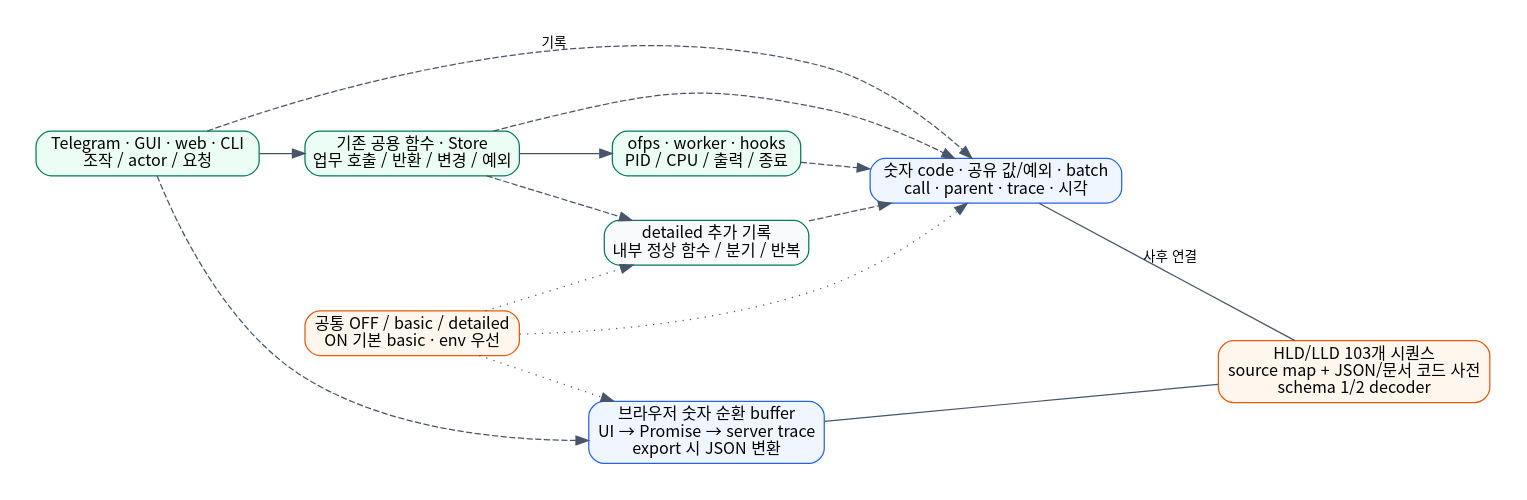
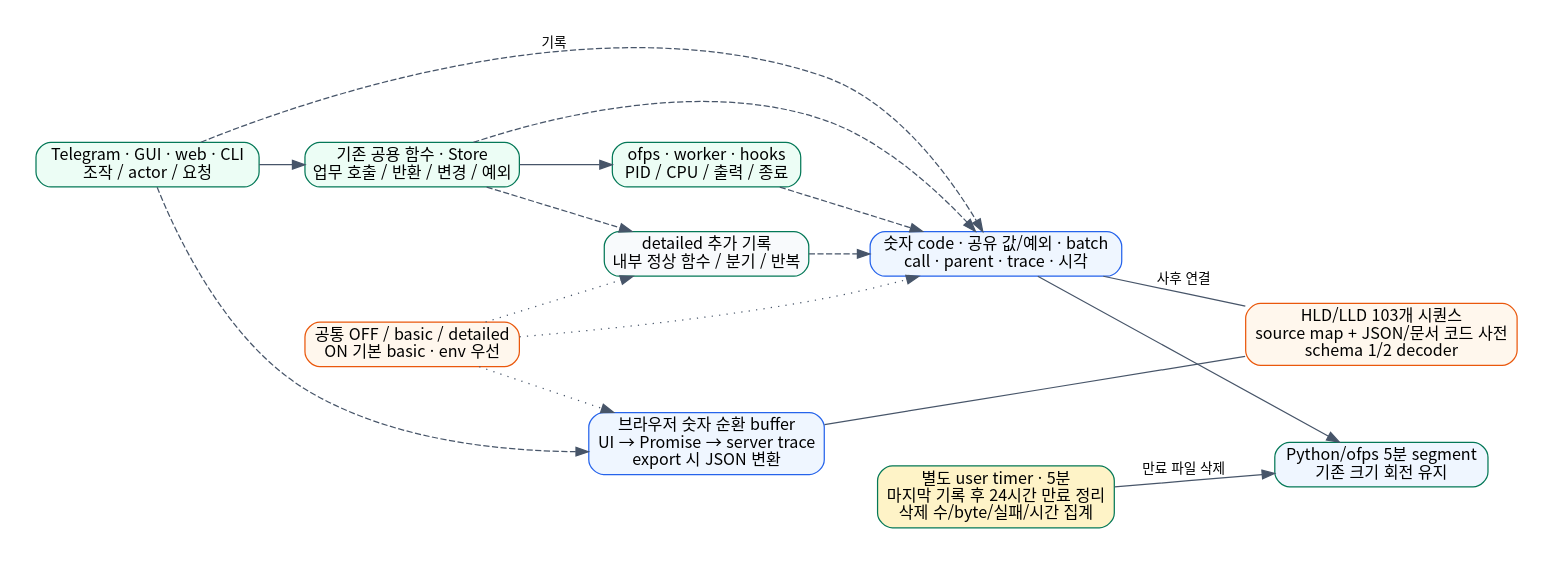
The diagram in docs/diagrams/diagnostic-logging.dot (jo0n-lab/cfd-bot), drawn with Graphviz before and after one commit. The commit also changed 15 other files, not shown here.

```diff
--- a/docs/diagrams/diagnostic-logging.dot
+++ b/docs/diagrams/diagnostic-logging.dot
@@ -1,25 +1,29 @@
 digraph diagnostics {
   graph [rankdir=LR, bgcolor="white", pad="0.3", nodesep="0.5", fontname="Noto Sans CJK KR"];
   node [shape=box, style="rounded,filled", fillcolor="#ecfdf5", color="#047857", fontname="Noto Sans CJK KR", fontsize=13];
   edge [fontname="Noto Sans CJK KR", fontsize=11, color="#475569"];
   ui [label="Telegram · GUI · web · CLI\n조작 / actor / 요청"];
   domain [label="기존 공용 함수 · Store\n업무 호출 / 반환 / 변경 / 예외"];
   process [label="ofps · worker · hooks\nPID / CPU / 출력 / 종료"];
   log [label="숫자 code · 공유 값/예외 · batch\ncall · parent · trace · 시각", fillcolor="#eff6ff", color="#2563eb"];
   browser [label="브라우저 숫자 순환 buffer\nUI → Promise → server trace\nexport 시 JSON 변환", fillcolor="#eff6ff", color="#2563eb"];
   map [label="HLD/LLD 103개 시퀀스\nsource map + JSON/문서 코드 사전\nschema 1/2 decoder", fillcolor="#fff7ed", color="#ea580c"];
   control [label="공통 OFF / basic / detailed\nON 기본 basic · env 우선", fillcolor="#fff7ed", color="#ea580c"];
   ui -> domain -> process;
   ui -> log [style=dashed, label="기록"];
   domain -> log [style=dashed];
   process -> log [style=dashed];
   ui -> browser [style=dashed];
+  segments [label="Python/ofps 5분 segment\n기존 크기 회전 유지", fillcolor="#eff6ff"];
+  retention [label="별도 user timer · 5분\n마지막 기록 후 24시간 만료 정리\n삭제 수/byte/실패/시간 집계", fillcolor="#fef3c7"];
+  log -> segments;
+  retention -> segments [label="만료 파일 삭제"];
   log -> map [dir=none, label="사후 연결"];
   browser -> map [dir=none];
   detail [label="detailed 추가 기록\n내부 정상 함수 / 분기 / 반복", fillcolor="#f8fafc"];
   domain -> detail [style=dashed];
   detail -> log [style=dashed];
   control -> detail [style=dotted];
   control -> log [style=dotted];
   control -> browser [style=dotted];
 }
```
